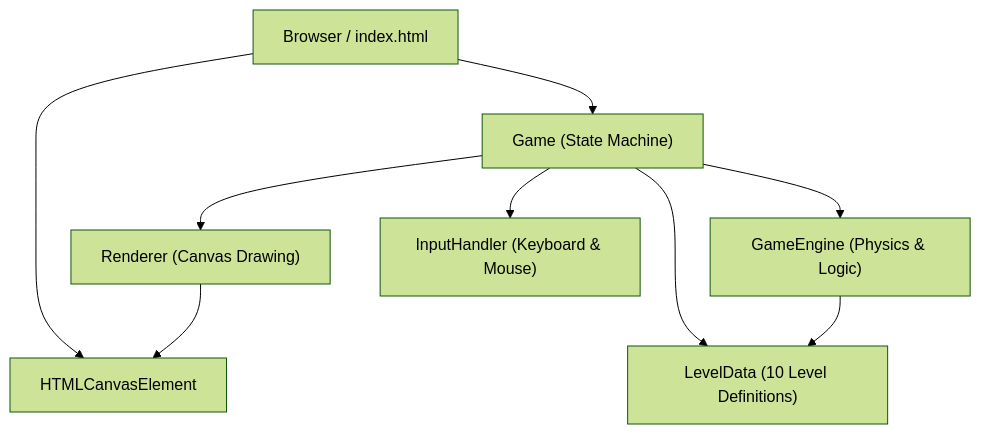
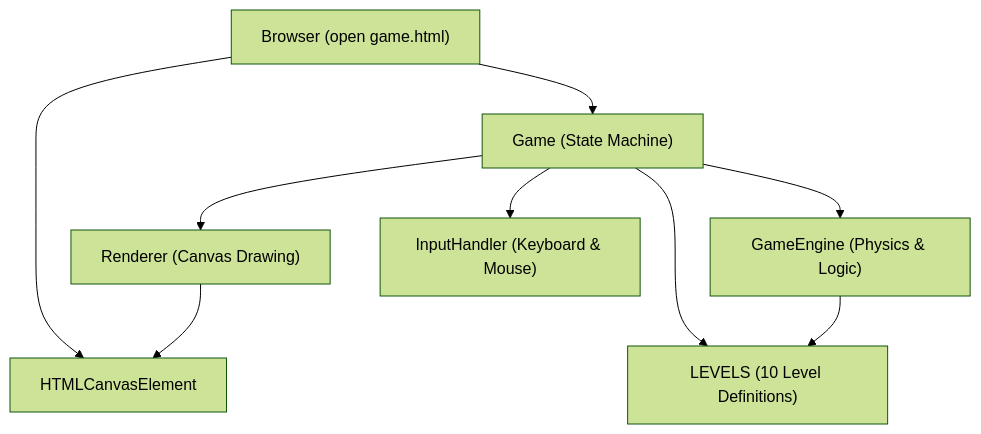
Before and after one commit to buttasushant/bricks-game: the first of 2 diagrams in .kiro/specs/bricks-game/design.md, drawn with Mermaid (forest theme). The commit also changed other lines of this file and 12 other files, not shown here.

Commit message:
Consolidate game into single game.html, increase ball speed to 0.5

````diff
--- a/.kiro/specs/bricks-game/design.md
+++ b/.kiro/specs/bricks-game/design.md
@@ -20,19 +22,19 @@
 ```mermaid
 graph TD
-    Browser["Browser / index.html"]
+    Browser["Browser (open game.html)"]
     Canvas["HTMLCanvasElement"]
     Game["Game (State Machine)"]
     Engine["GameEngine (Physics & Logic)"]
     Renderer["Renderer (Canvas Drawing)"]
     InputHandler["InputHandler (Keyboard & Mouse)"]
-    LevelData["LevelData (10 Level Definitions)"]
+    LevelData["LEVELS (10 Level Definitions)"]
 
     Browser --> Canvas
     Browser --> Game
     Game --> Engine
     Game --> Renderer
     Game --> InputHandler
     Game --> LevelData
     Engine --> LevelData
     Renderer --> Canvas
 ```
````
